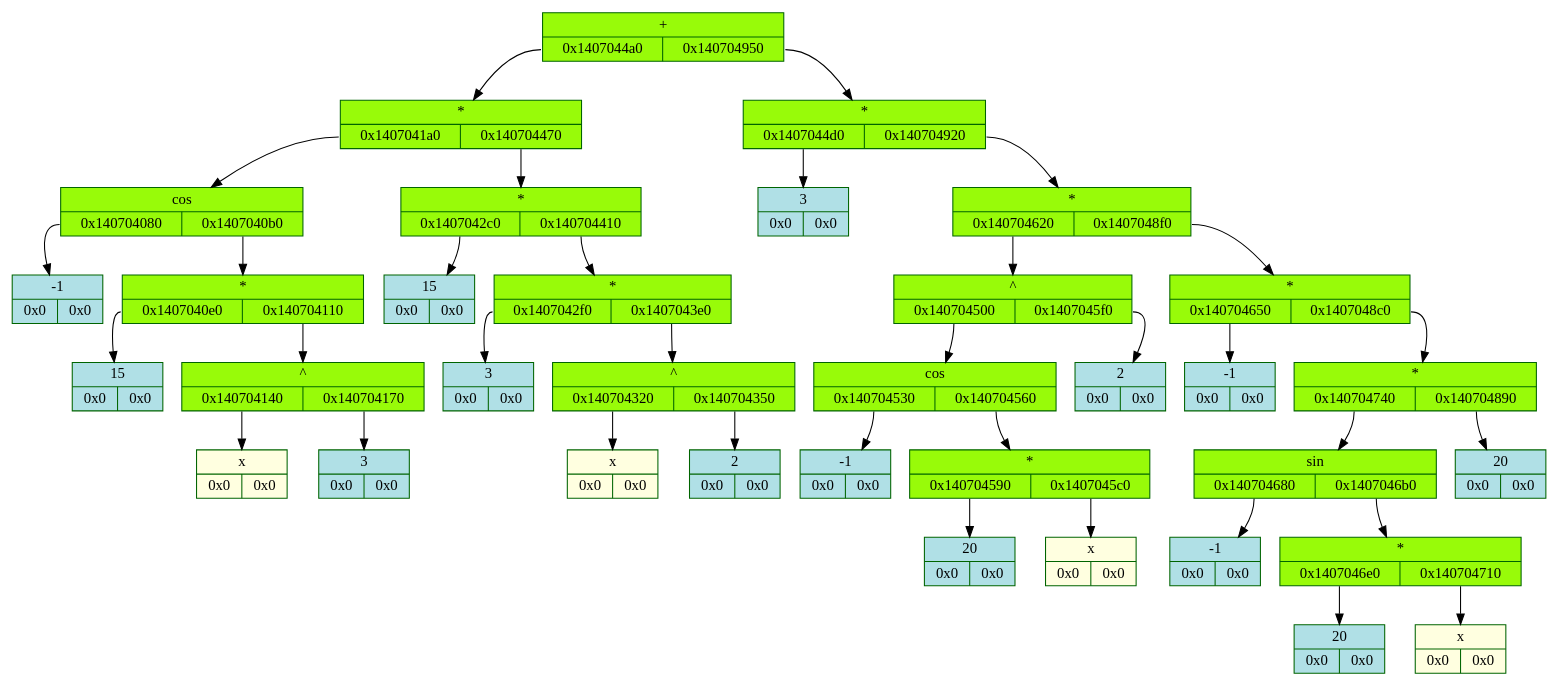
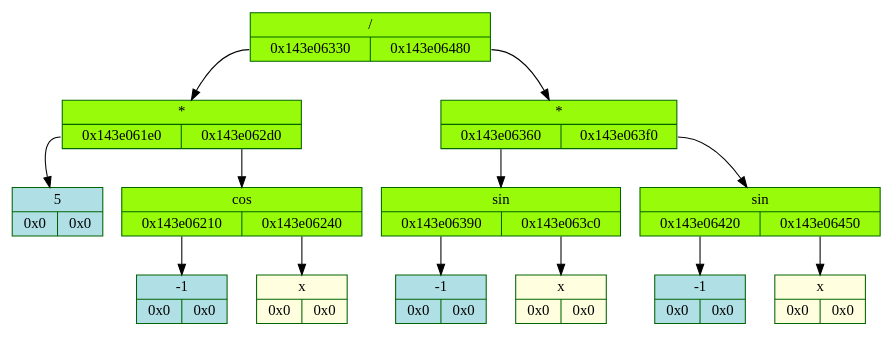
The diagram in log/dump.dot (whiterno/differentiator), drawn with Graphviz before and after one commit. The commit also changed 11 other files, not shown here.

```diff
--- a/log/dump.dot
+++ b/log/dump.dot
@@ -1,73 +1,29 @@
 digraph D{
 	rankdir = TB
 
-	node_5376067968 [color = "darkgreen", style = "filled", shape = "record", fillcolor = "#98FB9" label = "{ +  | {<fl5376067968> 0x1407044a0 | <fr5376067968> 0x140704950}}"]
-	node_5376067968: <fl5376067968> -> node_5376066720 [color = "black", arrowhead = "normal", label = ""]
-	node_5376066720 [color = "darkgreen", style = "filled", shape = "record", fillcolor = "#98FB9" label = "{ *  | {<fl5376066720> 0x1407041a0 | <fr5376066720> 0x140704470}}"]
-	node_5376066720: <fl5376066720> -> node_5376065952 [color = "black", arrowhead = "normal", label = ""]
-	node_5376065952 [color = "darkgreen", style = "filled", shape = "record", fillcolor = "#98FB9" label = "{ cos  | {<fl5376065952> 0x140704080 | <fr5376065952> 0x1407040b0}}"]
-	node_5376065952: <fl5376065952> -> node_5376065664 [color = "black", arrowhead = "normal", label = ""]
-	node_5376065664 [color = "darkgreen", style = "filled", shape = "record", fillcolor = "#B0E0E6" label = "{-1  | {<fl5376065664> 0x0 | <fr5376065664> 0x0}}"]
-	node_5376065952: <fr5376065952> -> node_5376065712 [color = "black", arrowhead = "normal", label = ""]
-	node_5376065712 [color = "darkgreen", style = "filled", shape = "record", fillcolor = "#98FB9" label = "{ *  | {<fl5376065712> 0x1407040e0 | <fr5376065712> 0x140704110}}"]
-	node_5376065712: <fl5376065712> -> node_5376065760 [color = "black", arrowhead = "normal", label = ""]
-	node_5376065760 [color = "darkgreen", style = "filled", shape = "record", fillcolor = "#B0E0E6" label = "{15  | {<fl5376065760> 0x0 | <fr5376065760> 0x0}}"]
-	node_5376065712: <fr5376065712> -> node_5376065808 [color = "black", arrowhead = "normal", label = ""]
-	node_5376065808 [color = "darkgreen", style = "filled", shape = "record", fillcolor = "#98FB9" label = "{ ^  | {<fl5376065808> 0x140704140 | <fr5376065808> 0x140704170}}"]
-	node_5376065808: <fl5376065808> -> node_5376065856 [color = "black", arrowhead = "normal", label = ""]
-	node_5376065856 [color = "darkgreen", style = "filled", shape = "record", fillcolor = "#FFFFE0" label = "{x  | {<fl5376065856> 0x0 | <fr5376065856> 0x0}}"]
-	node_5376065808: <fr5376065808> -> node_5376065904 [color = "black", arrowhead = "normal", label = ""]
-	node_5376065904 [color = "darkgreen", style = "filled", shape = "record", fillcolor = "#B0E0E6" label = "{3  | {<fl5376065904> 0x0 | <fr5376065904> 0x0}}"]
-	node_5376066720: <fr5376066720> -> node_5376066672 [color = "black", arrowhead = "normal", label = ""]
-	node_5376066672 [color = "darkgreen", style = "filled", shape = "record", fillcolor = "#98FB9" label = "{ *  | {<fl5376066672> 0x1407042c0 | <fr5376066672> 0x140704410}}"]
-	node_5376066672: <fl5376066672> -> node_5376066240 [color = "black", arrowhead = "normal", label = ""]
-	node_5376066240 [color = "darkgreen", style = "filled", shape = "record", fillcolor = "#B0E0E6" label = "{15  | {<fl5376066240> 0x0 | <fr5376066240> 0x0}}"]
-	node_5376066672: <fr5376066672> -> node_5376066576 [color = "black", arrowhead = "normal", label = ""]
-	node_5376066576 [color = "darkgreen", style = "filled", shape = "record", fillcolor = "#98FB9" label = "{ *  | {<fl5376066576> 0x1407042f0 | <fr5376066576> 0x1407043e0}}"]
-	node_5376066576: <fl5376066576> -> node_5376066288 [color = "black", arrowhead = "normal", label = ""]
-	node_5376066288 [color = "darkgreen", style = "filled", shape = "record", fillcolor = "#B0E0E6" label = "{3  | {<fl5376066288> 0x0 | <fr5376066288> 0x0}}"]
-	node_5376066576: <fr5376066576> -> node_5376066528 [color = "black", arrowhead = "normal", label = ""]
-	node_5376066528 [color = "darkgreen", style = "filled", shape = "record", fillcolor = "#98FB9" label = "{ ^  | {<fl5376066528> 0x140704320 | <fr5376066528> 0x140704350}}"]
-	node_5376066528: <fl5376066528> -> node_5376066336 [color = "black", arrowhead = "normal", label = ""]
-	node_5376066336 [color = "darkgreen", style = "filled", shape = "record", fillcolor = "#FFFFE0" label = "{x  | {<fl5376066336> 0x0 | <fr5376066336> 0x0}}"]
-	node_5376066528: <fr5376066528> -> node_5376066384 [color = "black", arrowhead = "normal", label = ""]
-	node_5376066384 [color = "darkgreen", style = "filled", shape = "record", fillcolor = "#B0E0E6" label = "{2  | {<fl5376066384> 0x0 | <fr5376066384> 0x0}}"]
-	node_5376067968: <fr5376067968> -> node_5376067920 [color = "black", arrowhead = "normal", label = ""]
-	node_5376067920 [color = "darkgreen", style = "filled", shape = "record", fillcolor = "#98FB9" label = "{ *  | {<fl5376067920> 0x1407044d0 | <fr5376067920> 0x140704920}}"]
-	node_5376067920: <fl5376067920> -> node_5376066768 [color = "black", arrowhead = "normal", label = ""]
-	node_5376066768 [color = "darkgreen", style = "filled", shape = "record", fillcolor = "#B0E0E6" label = "{3  | {<fl5376066768> 0x0 | <fr5376066768> 0x0}}"]
-	node_5376067920: <fr5376067920> -> node_5376067872 [color = "black", arrowhead = "normal", label = ""]
-	node_5376067872 [color = "darkgreen", style = "filled", shape = "record", fillcolor = "#98FB9" label = "{ *  | {<fl5376067872> 0x140704620 | <fr5376067872> 0x1407048f0}}"]
-	node_5376067872: <fl5376067872> -> node_5376067104 [color = "black", arrowhead = "normal", label = ""]
-	node_5376067104 [color = "darkgreen", style = "filled", shape = "record", fillcolor = "#98FB9" label = "{ ^  | {<fl5376067104> 0x140704500 | <fr5376067104> 0x1407045f0}}"]
-	node_5376067104: <fl5376067104> -> node_5376066816 [color = "black", arrowhead = "normal", label = ""]
-	node_5376066816 [color = "darkgreen", style = "filled", shape = "record", fillcolor = "#98FB9" label = "{ cos  | {<fl5376066816> 0x140704530 | <fr5376066816> 0x140704560}}"]
-	node_5376066816: <fl5376066816> -> node_5376066864 [color = "black", arrowhead = "normal", label = ""]
-	node_5376066864 [color = "darkgreen", style = "filled", shape = "record", fillcolor = "#B0E0E6" label = "{-1  | {<fl5376066864> 0x0 | <fr5376066864> 0x0}}"]
-	node_5376066816: <fr5376066816> -> node_5376066912 [color = "black", arrowhead = "normal", label = ""]
-	node_5376066912 [color = "darkgreen", style = "filled", shape = "record", fillcolor = "#98FB9" label = "{ *  | {<fl5376066912> 0x140704590 | <fr5376066912> 0x1407045c0}}"]
-	node_5376066912: <fl5376066912> -> node_5376066960 [color = "black", arrowhead = "normal", label = ""]
-	node_5376066960 [color = "darkgreen", style = "filled", shape = "record", fillcolor = "#B0E0E6" label = "{20  | {<fl5376066960> 0x0 | <fr5376066960> 0x0}}"]
-	node_5376066912: <fr5376066912> -> node_5376067008 [color = "black", arrowhead = "normal", label = ""]
-	node_5376067008 [color = "darkgreen", style = "filled", shape = "record", fillcolor = "#FFFFE0" label = "{x  | {<fl5376067008> 0x0 | <fr5376067008> 0x0}}"]
-	node_5376067104: <fr5376067104> -> node_5376067056 [color = "black", arrowhead = "normal", label = ""]
-	node_5376067056 [color = "darkgreen", style = "filled", shape = "record", fillcolor = "#B0E0E6" label = "{2  | {<fl5376067056> 0x0 | <fr5376067056> 0x0}}"]
-	node_5376067872: <fr5376067872> -> node_5376067824 [color = "black", arrowhead = "normal", label = ""]
-	node_5376067824 [color = "darkgreen", style = "filled", shape = "record", fillcolor = "#98FB9" label = "{ *  | {<fl5376067824> 0x140704650 | <fr5376067824> 0x1407048c0}}"]
-	node_5376067824: <fl5376067824> -> node_5376067152 [color = "black", arrowhead = "normal", label = ""]
-	node_5376067152 [color = "darkgreen", style = "filled", shape = "record", fillcolor = "#B0E0E6" label = "{-1  | {<fl5376067152> 0x0 | <fr5376067152> 0x0}}"]
-	node_5376067824: <fr5376067824> -> node_5376067776 [color = "black", arrowhead = "normal", label = ""]
-	node_5376067776 [color = "darkgreen", style = "filled", shape = "record", fillcolor = "#98FB9" label = "{ *  | {<fl5376067776> 0x140704740 | <fr5376067776> 0x140704890}}"]
-	node_5376067776: <fl5376067776> -> node_5376067392 [color = "black", arrowhead = "normal", label = ""]
-	node_5376067392 [color = "darkgreen", style = "filled", shape = "record", fillcolor = "#98FB9" label = "{ sin  | {<fl5376067392> 0x140704680 | <fr5376067392> 0x1407046b0}}"]
-	node_5376067392: <fl5376067392> -> node_5376067200 [color = "black", arrowhead = "normal", label = ""]
-	node_5376067200 [color = "darkgreen", style = "filled", shape = "record", fillcolor = "#B0E0E6" label = "{-1  | {<fl5376067200> 0x0 | <fr5376067200> 0x0}}"]
-	node_5376067392: <fr5376067392> -> node_5376067248 [color = "black", arrowhead = "normal", label = ""]
-	node_5376067248 [color = "darkgreen", style = "filled", shape = "record", fillcolor = "#98FB9" label = "{ *  | {<fl5376067248> 0x1407046e0 | <fr5376067248> 0x140704710}}"]
-	node_5376067248: <fl5376067248> -> node_5376067296 [color = "black", arrowhead = "normal", label = ""]
-	node_5376067296 [color = "darkgreen", style = "filled", shape = "record", fillcolor = "#B0E0E6" label = "{20  | {<fl5376067296> 0x0 | <fr5376067296> 0x0}}"]
-	node_5376067248: <fr5376067248> -> node_5376067344 [color = "black", arrowhead = "normal", label = ""]
-	node_5376067344 [color = "darkgreen", style = "filled", shape = "record", fillcolor = "#FFFFE0" label = "{x  | {<fl5376067344> 0x0 | <fr5376067344> 0x0}}"]
-	node_5376067776: <fr5376067776> -> node_5376067728 [color = "black", arrowhead = "normal", label = ""]
-	node_5376067728 [color = "darkgreen", style = "filled", shape = "record", fillcolor = "#B0E0E6" label = "{20  | {<fl5376067728> 0x0 | <fr5376067728> 0x0}}"]
+	node_5433746608 [color = "darkgreen", style = "filled", shape = "record", fillcolor = "#98FB9" label = "{ /  | {<fl5433746608> 0x143e06330 | <fr5433746608> 0x143e06480}}"]
+	node_5433746608: <fl5433746608> -> node_5433746224 [color = "black", arrowhead = "normal", label = ""]
+	node_5433746224 [color = "darkgreen", style = "filled", shape = "record", fillcolor = "#98FB9" label = "{ *  | {<fl5433746224> 0x143e061e0 | <fr5433746224> 0x143e062d0}}"]
+	node_5433746224: <fl5433746224> -> node_5433745888 [color = "black", arrowhead = "normal", label = ""]
+	node_5433745888 [color = "darkgreen", style = "filled", shape = "record", fillcolor = "#B0E0E6" label = "{5  | {<fl5433745888> 0x0 | <fr5433745888> 0x0}}"]
+	node_5433746224: <fr5433746224> -> node_5433746128 [color = "black", arrowhead = "normal", label = ""]
+	node_5433746128 [color = "darkgreen", style = "filled", shape = "record", fillcolor = "#98FB9" label = "{ cos  | {<fl5433746128> 0x143e06210 | <fr5433746128> 0x143e06240}}"]
+	node_5433746128: <fl5433746128> -> node_5433745936 [color = "black", arrowhead = "normal", label = ""]
+	node_5433745936 [color = "darkgreen", style = "filled", shape = "record", fillcolor = "#B0E0E6" label = "{-1  | {<fl5433745936> 0x0 | <fr5433745936> 0x0}}"]
+	node_5433746128: <fr5433746128> -> node_5433745984 [color = "black", arrowhead = "normal", label = ""]
+	node_5433745984 [color = "darkgreen", style = "filled", shape = "record", fillcolor = "#FFFFE0" label = "{x  | {<fl5433745984> 0x0 | <fr5433745984> 0x0}}"]
+	node_5433746608: <fr5433746608> -> node_5433746560 [color = "black", arrowhead = "normal", label = ""]
+	node_5433746560 [color = "darkgreen", style = "filled", shape = "record", fillcolor = "#98FB9" label = "{ *  | {<fl5433746560> 0x143e06360 | <fr5433746560> 0x143e063f0}}"]
+	node_5433746560: <fl5433746560> -> node_5433746272 [color = "black", arrowhead = "normal", label = ""]
+	node_5433746272 [color = "darkgreen", style = "filled", shape = "record", fillcolor = "#98FB9" label = "{ sin  | {<fl5433746272> 0x143e06390 | <fr5433746272> 0x143e063c0}}"]
+	node_5433746272: <fl5433746272> -> node_5433746320 [color = "black", arrowhead = "normal", label = ""]
+	node_5433746320 [color = "darkgreen", style = "filled", shape = "record", fillcolor = "#B0E0E6" label = "{-1  | {<fl5433746320> 0x0 | <fr5433746320> 0x0}}"]
+	node_5433746272: <fr5433746272> -> node_5433746368 [color = "black", arrowhead = "normal", label = ""]
+	node_5433746368 [color = "darkgreen", style = "filled", shape = "record", fillcolor = "#FFFFE0" label = "{x  | {<fl5433746368> 0x0 | <fr5433746368> 0x0}}"]
+	node_5433746560: <fr5433746560> -> node_5433746416 [color = "black", arrowhead = "normal", label = ""]
+	node_5433746416 [color = "darkgreen", style = "filled", shape = "record", fillcolor = "#98FB9" label = "{ sin  | {<fl5433746416> 0x143e06420 | <fr5433746416> 0x143e06450}}"]
+	node_5433746416: <fl5433746416> -> node_5433746464 [color = "black", arrowhead = "normal", label = ""]
+	node_5433746464 [color = "darkgreen", style = "filled", shape = "record", fillcolor = "#B0E0E6" label = "{-1  | {<fl5433746464> 0x0 | <fr5433746464> 0x0}}"]
+	node_5433746416: <fr5433746416> -> node_5433746512 [color = "black", arrowhead = "normal", label = ""]
+	node_5433746512 [color = "darkgreen", style = "filled", shape = "record", fillcolor = "#FFFFE0" label = "{x  | {<fl5433746512> 0x0 | <fr5433746512> 0x0}}"]
 }
```
